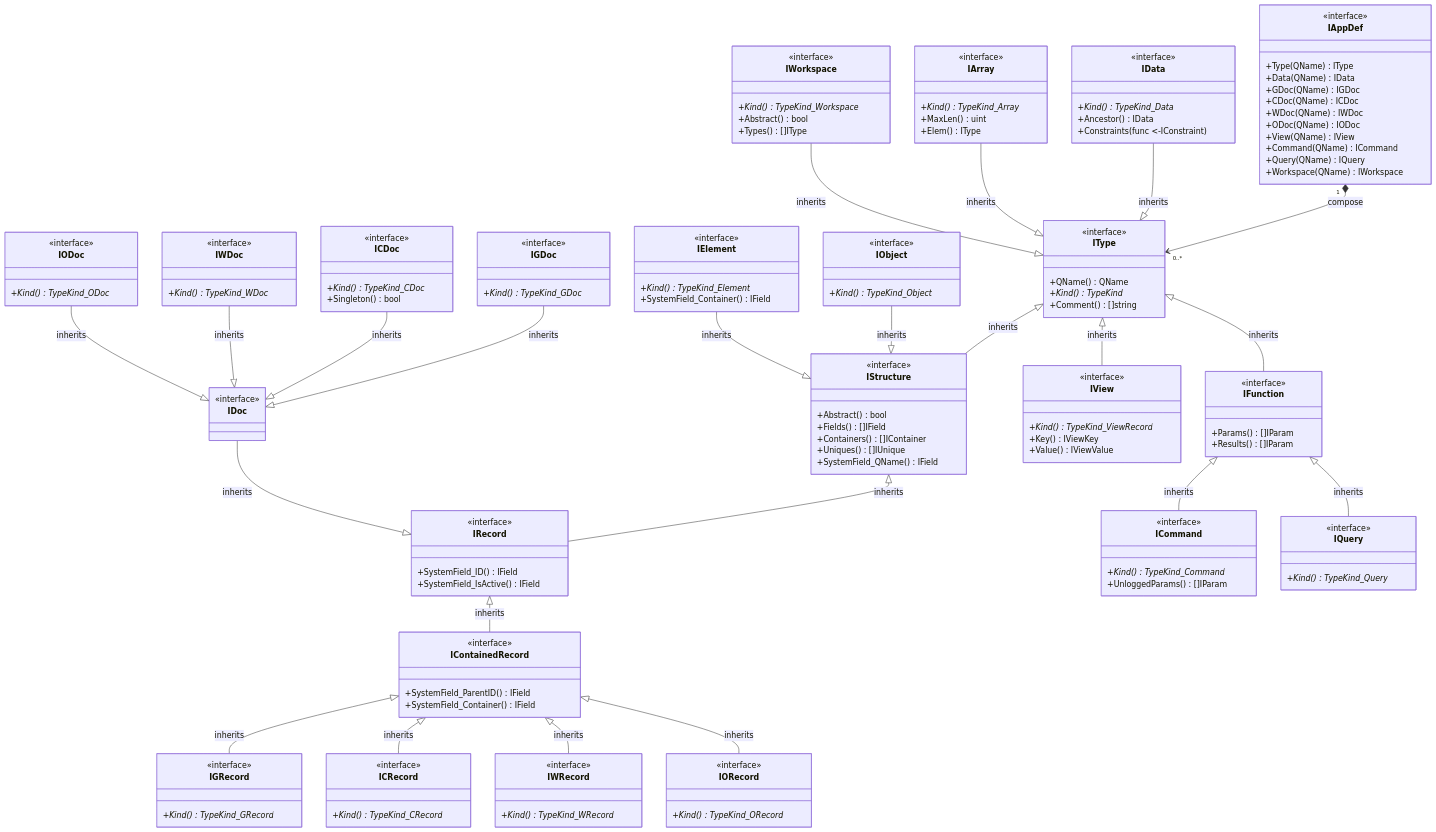
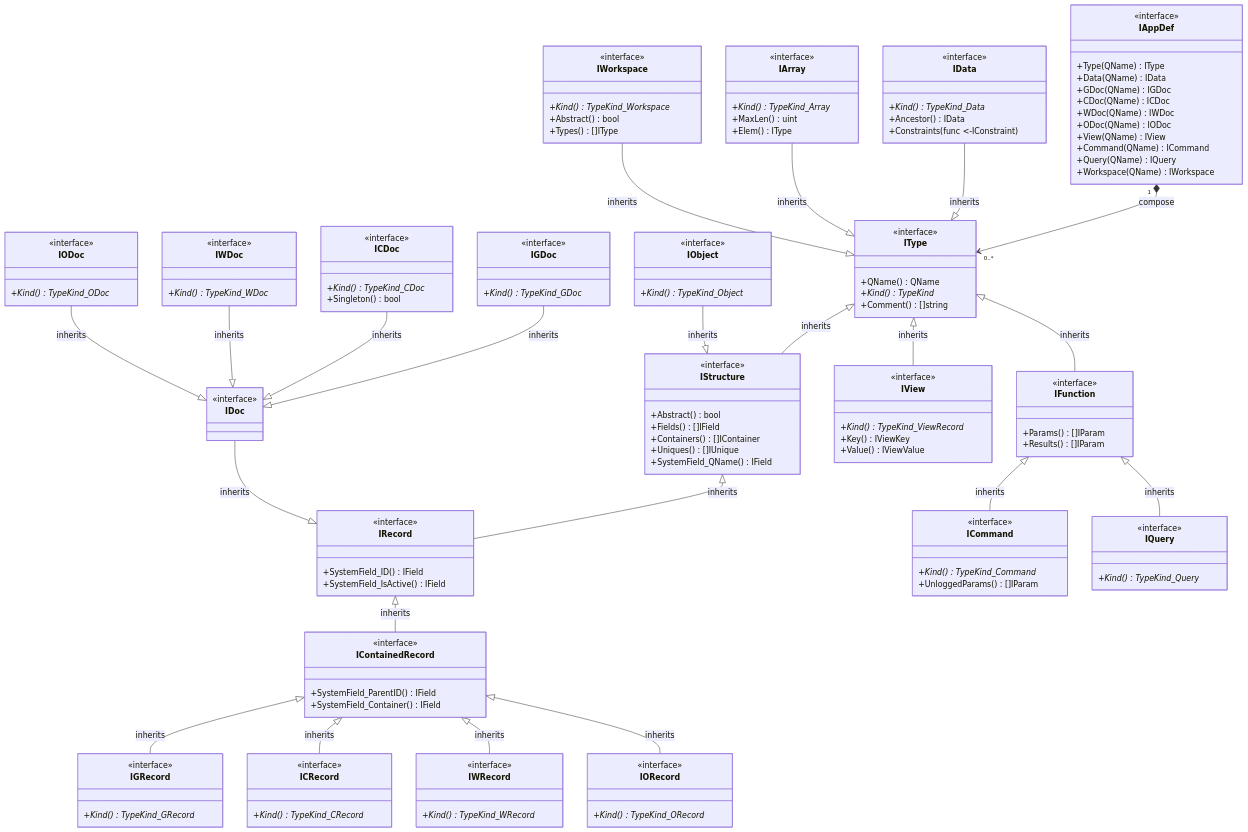
One commit to voedger/voedger changed the first of 8 diagrams in pkg/appdef/README.md. Above: the diagram before and after it, drawn with Mermaid. The commit also changed other lines of this file and 22 other files, not shown here.

```diff
--- a/pkg/appdef/README.md
+++ b/pkg/appdef/README.md
@@ -130,13 +130,6 @@
         +Kind()* TypeKind_Object
     }
 
-    IElement --|> IStructure : inherits
-    class IElement {
-        <<interface>>
-        +Kind()* TypeKind_Element
-        +SystemField_Container() IField
-    }
-
     IType <|-- IView : inherits
     class IView {
         <<interface>>
```
